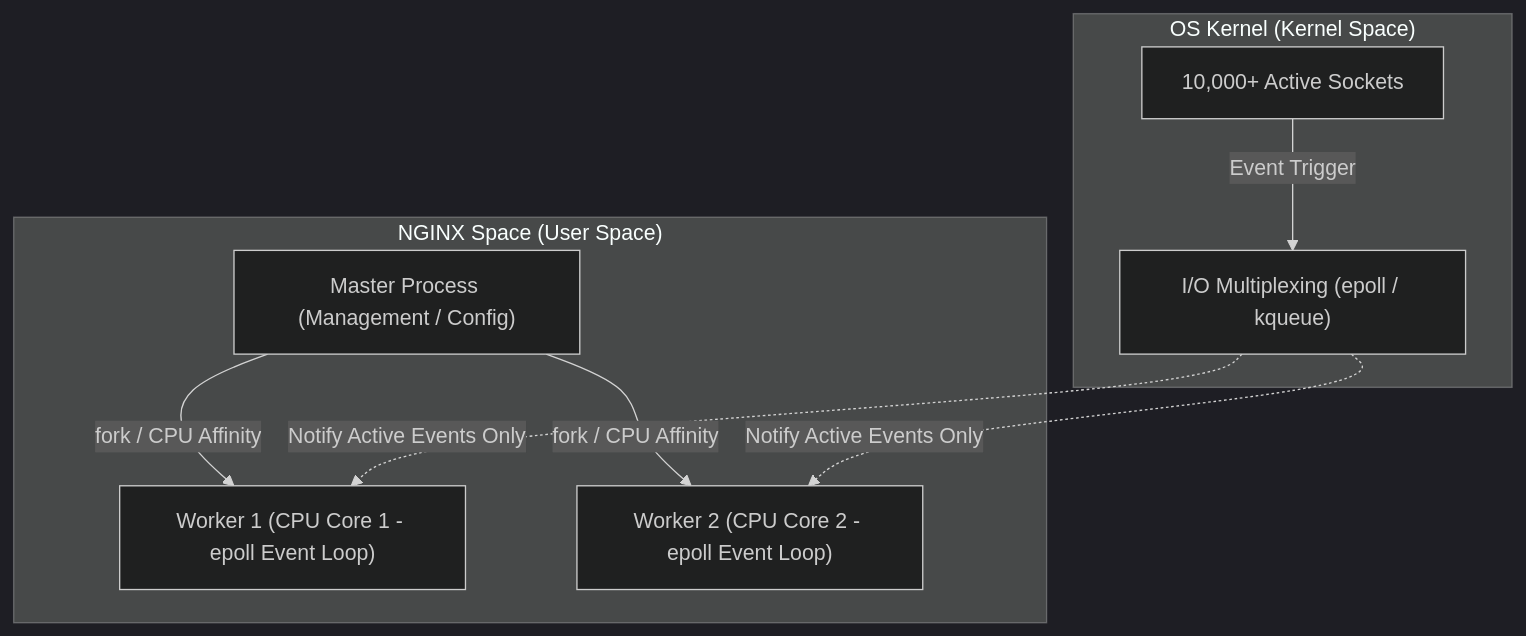
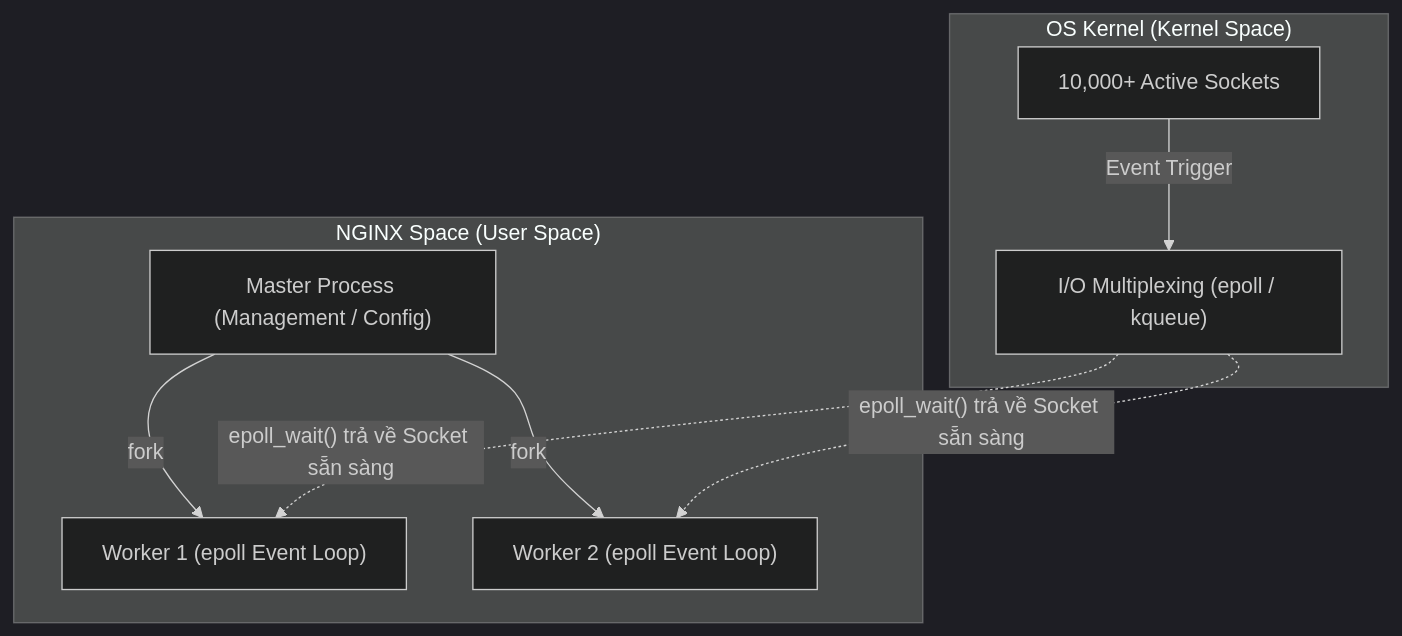
Before and after one commit to MaiTheHao/docs: the third of 3 diagrams in nginx/01_nginx_introduction.md, drawn with Mermaid (dark theme). The commit also changed other lines of this file and 18 other files, not shown here.

````diff
--- a/nginx/01_nginx_introduction.md
+++ b/nginx/01_nginx_introduction.md
@@ -102,17 +118,20 @@
 ```mermaid
 graph TD
+    accTitle: "Kiến trúc Multi-Worker & OS Kernel I/O Multiplexing"
+    accDescr: "Sơ đồ minh họa sự phối hợp giữa I/O Multiplexing ở Kernel Space và mô hình Multi-Worker ở User Space."
+
     subgraph OSKernel["OS Kernel (Kernel Space)"]
         Epoll["I/O Multiplexing (epoll / kqueue)"]
         Sockets["10,000+ Active Sockets"]
-        Sockets -->|Event Trigger| Epoll
+        Sockets -->|"Event Trigger"| Epoll
     end
 
     subgraph NginxSpace["NGINX Space (User Space)"]
         Master["Master Process (Management / Config)"]
-        Master -->|fork / CPU Affinity| Worker1["Worker 1 (CPU Core 1 - epoll Event Loop)"]
-        Master -->|fork / CPU Affinity| Worker2["Worker 2 (CPU Core 2 - epoll Event Loop)"]
-        
-        Epoll -.->|Notify Active Events Only| Worker1
-        Epoll -.->|Notify Active Events Only| Worker2
+        Master -->|"fork"| Worker1["Worker 1 (epoll Event Loop)"]
+        Master -->|"fork"| Worker2["Worker 2 (epoll Event Loop)"]
+
+        Epoll -.->|"epoll_wait() trả về Socket sẵn sàng"| Worker1
+        Epoll -.->|"epoll_wait() trả về Socket sẵn sàng"| Worker2
     end
 ```
````
